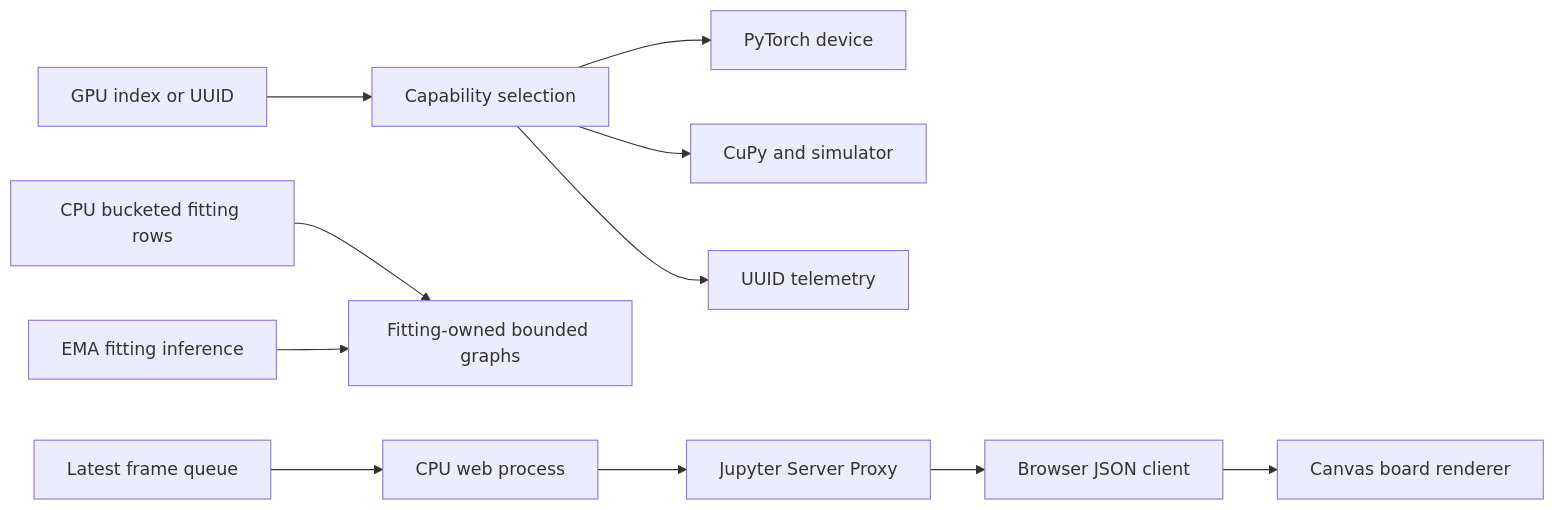
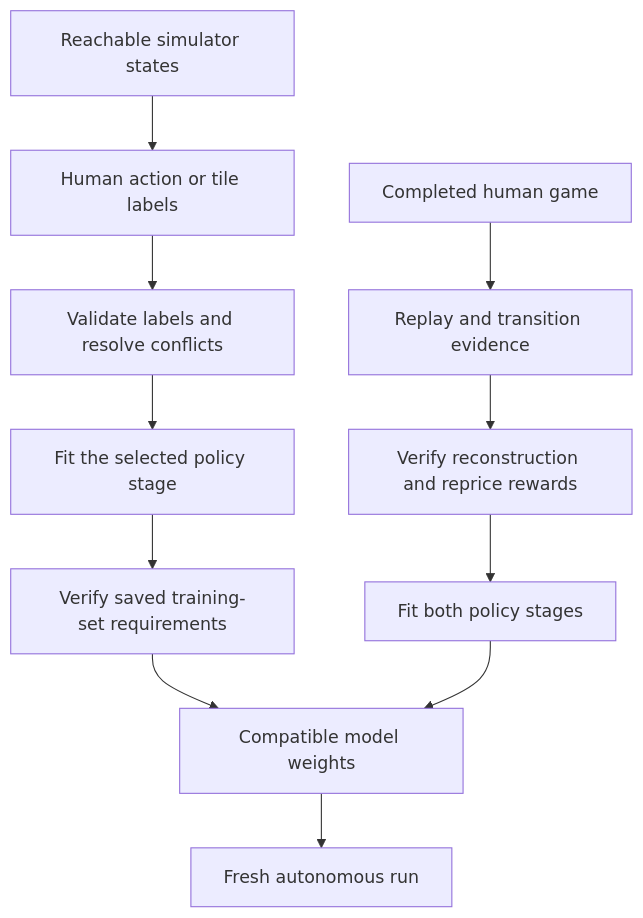
The fourth of 4 diagrams in docs/architecture.md (Comb1e/RL-Pvz), drawn with Mermaid before and after one commit. The commit also changed other lines of this file and 103 other files, not shown here.

First line of the commit message:
feat(training): update rewards and streamline CUDA learning (#46)

````diff
--- a/docs/architecture.md
+++ b/docs/architecture.md
@@ -346,13 +281,13 @@
 ```mermaid
-flowchart LR
-  CLI[GPU index or UUID] --> Select[Capability selection]
-  Select --> Torch[PyTorch device]
-  Select --> CuPy[CuPy and simulator]
-  Select --> Telemetry[UUID telemetry]
-  Fit[CPU bucketed fitting rows] --> Graph[Fitting-owned bounded graphs]
-  EMA[EMA fitting inference] --> Graph
-  Frames[Latest frame queue] --> Web[CPU web process]
-  Web --> Proxy[Jupyter Server Proxy]
-  Proxy --> Browser[Browser JSON client]
-  Browser --> Canvas[Canvas board renderer]
+flowchart TD
+    Reachable[Reachable simulator states] --> Labels[Human action or tile labels]
+    Labels --> Review[Validate labels and resolve conflicts]
+    Review --> Supervised[Fit the selected policy stage]
+    Supervised --> Verify[Verify saved training-set requirements]
+    Verify --> Weights[Compatible model weights]
+    Human[Completed human game] --> Recording[Replay and transition evidence]
+    Recording --> Reconstruct[Verify reconstruction and reprice rewards]
+    Reconstruct --> DemoFit[Fit both policy stages]
+    DemoFit --> Weights
+    Weights --> Fresh[Fresh autonomous run]
 ```
````
